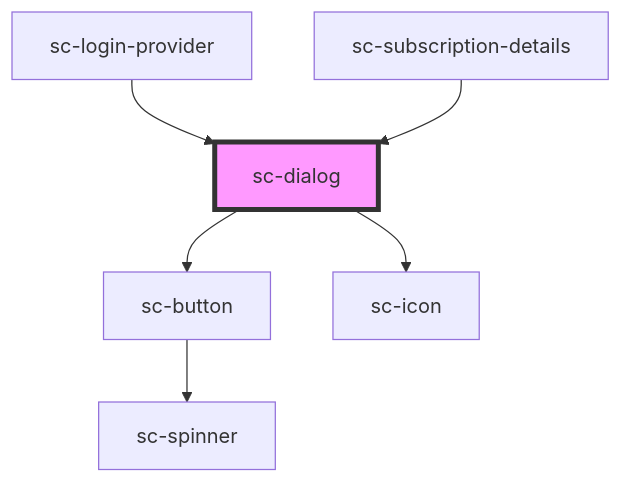
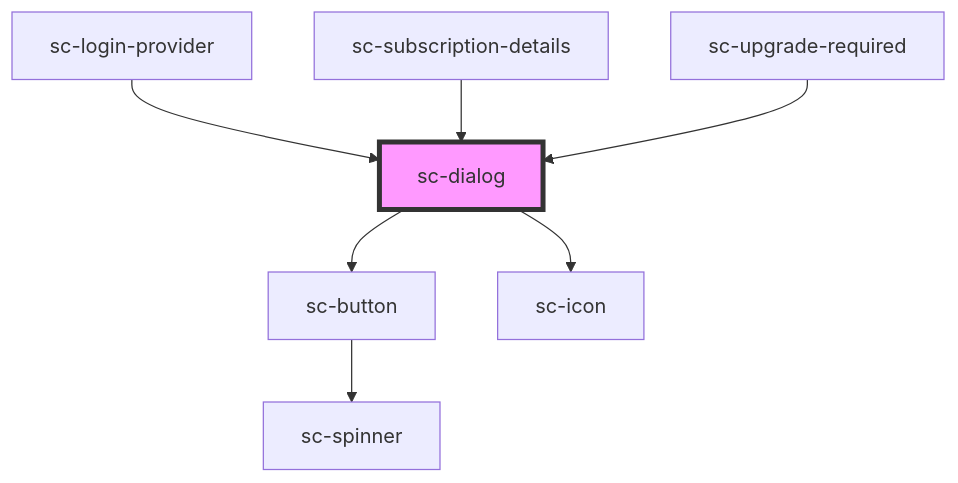
Before and after one commit to surecart/surecart-wp-plugin: the diagram in packages/components/src/components/ui/sc-dialog/readme.md, drawn with Mermaid. The commit also changed other lines of this file and 5 other files, not shown here.

````diff
--- a/packages/components/src/components/ui/sc-dialog/readme.md
+++ b/packages/components/src/components/ui/sc-dialog/readme.md
@@ -56,9 +57,10 @@
 ```mermaid
 graph TD;
   sc-dialog --> sc-button
   sc-dialog --> sc-icon
   sc-button --> sc-spinner
   sc-login-provider --> sc-dialog
   sc-subscription-details --> sc-dialog
+  sc-upgrade-required --> sc-dialog
   style sc-dialog fill:#f9f,stroke:#333,stroke-width:4px
 ```
````
